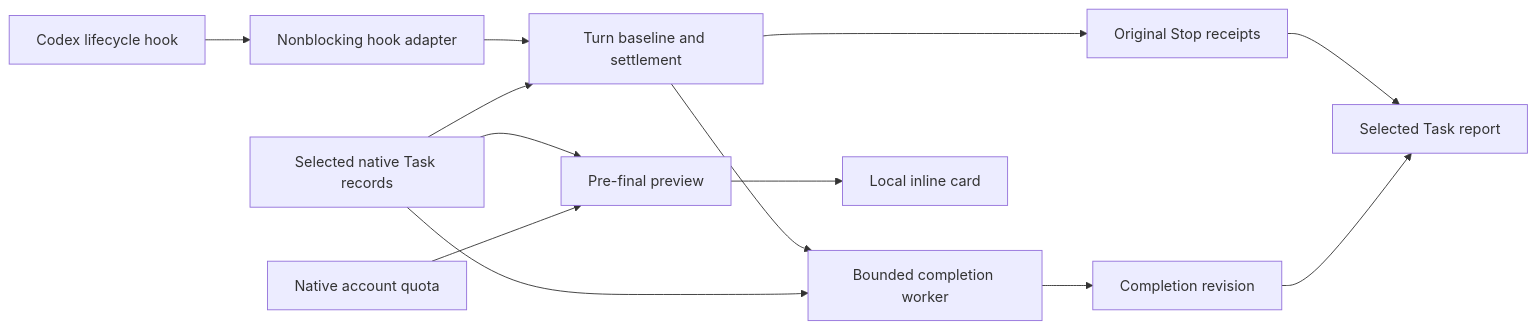
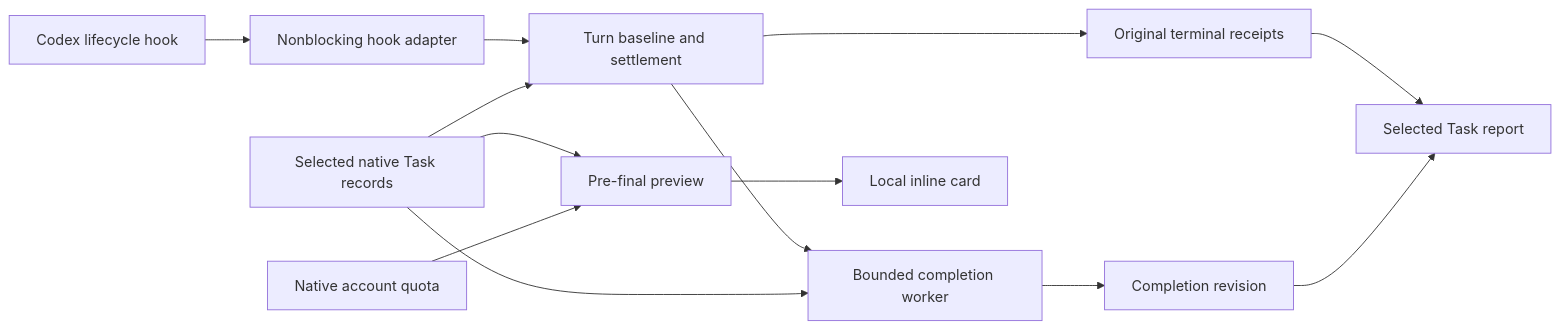
The diagram in docs/ARCHITECTURE.md (easyvibecoding/codex-usage-reports), drawn with Mermaid before and after one commit. The commit also changed other lines of this file and 39 other files, not shown here.

````diff
--- a/docs/ARCHITECTURE.md
+++ b/docs/ARCHITECTURE.md
@@ -10,15 +11,15 @@
 ```mermaid
 flowchart LR
   H[Codex lifecycle hook] --> A[Nonblocking hook adapter]
   A --> T[Turn baseline and settlement]
   N[Selected native Task records] --> T
   N --> P[Pre-final preview]
-  T --> R[Original Stop receipts]
+  T --> R[Original terminal receipts]
   T --> W[Bounded completion worker]
   N --> W
   W --> V[Completion revision]
   R --> S[Selected Task report]
   V --> S
   P --> C[Local inline card]
   Q[Native account quota] --> P
 ```
````
